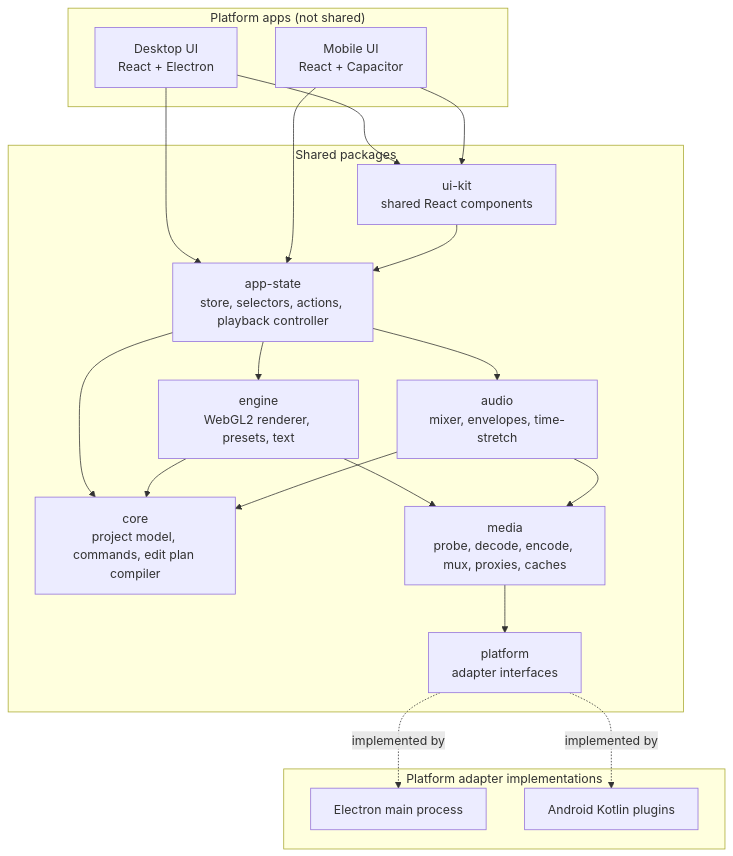
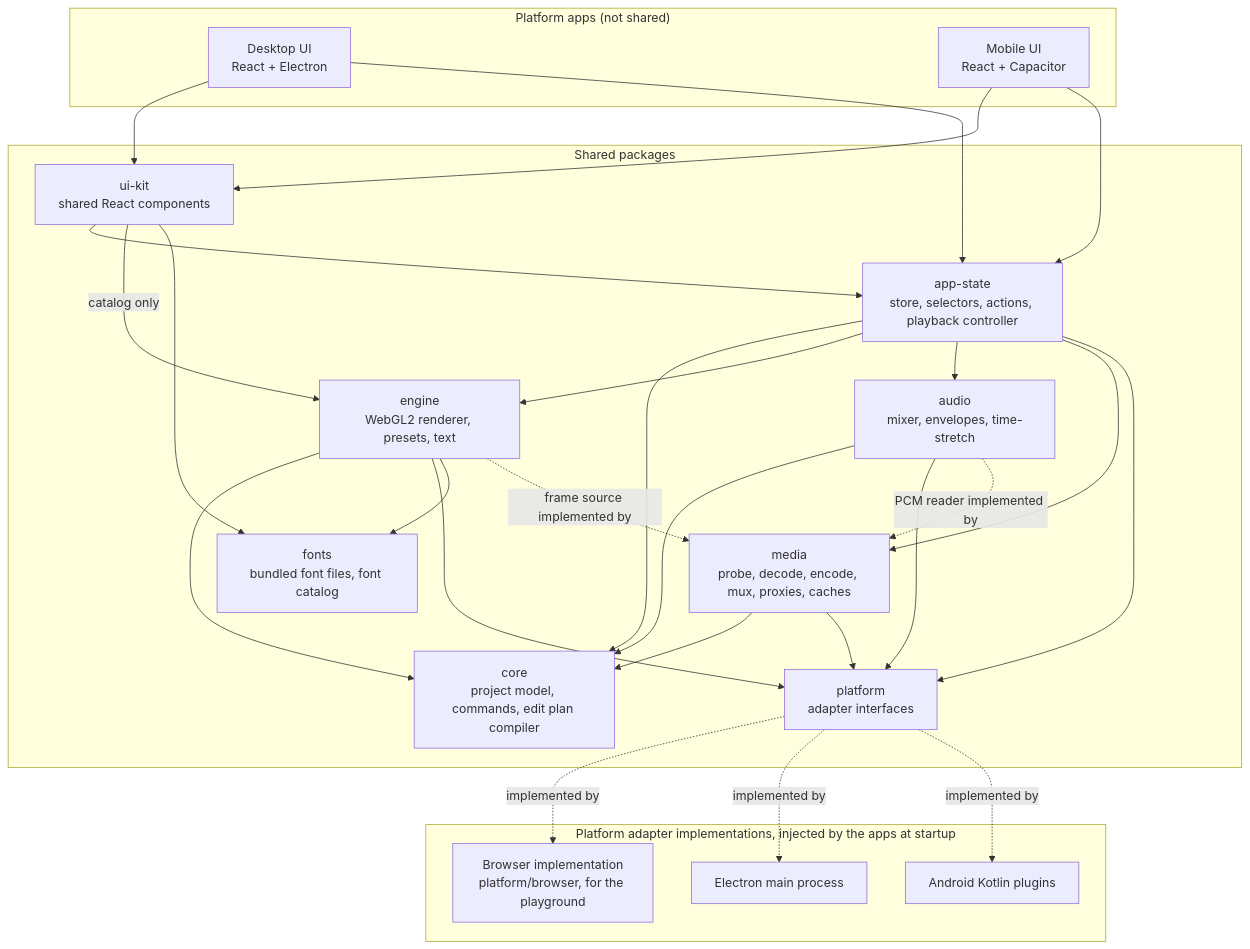
The first of 4 diagrams in docs/moviemaker-architecture.md (davikokar/easy-movie-maker), drawn with Mermaid before and after one commit. The commit also changed other lines of this file and 33 other files, not shown here.

````diff
--- a/docs/moviemaker-architecture.md
+++ b/docs/moviemaker-architecture.md
@@ -47,35 +44,46 @@
 ```mermaid
 flowchart TB
     subgraph Apps["Platform apps (not shared)"]
         DUI[Desktop UI<br/>React + Electron]
         MUI[Mobile UI<br/>React + Capacitor]
     end
     subgraph Shared["Shared packages"]
         UIK[ui-kit<br/>shared React components]
         ST[app-state<br/>store, selectors, actions, playback controller]
         CORE[core<br/>project model, commands, edit plan compiler]
         ENG[engine<br/>WebGL2 renderer, presets, text]
         AUD[audio<br/>mixer, envelopes, time-stretch]
         MED[media<br/>probe, decode, encode, mux, proxies, caches]
         PLAT[platform<br/>adapter interfaces]
+        FONTS[fonts<br/>bundled font files, font catalog]
     end
-    subgraph Native["Platform adapter implementations"]
+    subgraph Native["Platform adapter implementations, injected by the apps at startup"]
+        BR[Browser implementation<br/>platform/browser, for the playground]
         EL[Electron main process]
         AN[Android Kotlin plugins]
     end
     DUI --> UIK
     MUI --> UIK
     DUI --> ST
     MUI --> ST
     UIK --> ST
+    UIK -->|catalog only| ENG
+    UIK --> FONTS
     ST --> CORE
     ST --> ENG
     ST --> AUD
+    ST --> MED
+    ST --> PLAT
     ENG --> CORE
+    ENG --> PLAT
+    ENG --> FONTS
     AUD --> CORE
-    ENG --> MED
-    AUD --> MED
+    AUD --> PLAT
+    MED --> CORE
     MED --> PLAT
+    ENG -.frame source implemented by.-> MED
+    AUD -.PCM reader implemented by.-> MED
+    PLAT -.implemented by.-> BR
     PLAT -.implemented by.-> EL
     PLAT -.implemented by.-> AN
 ```
````
